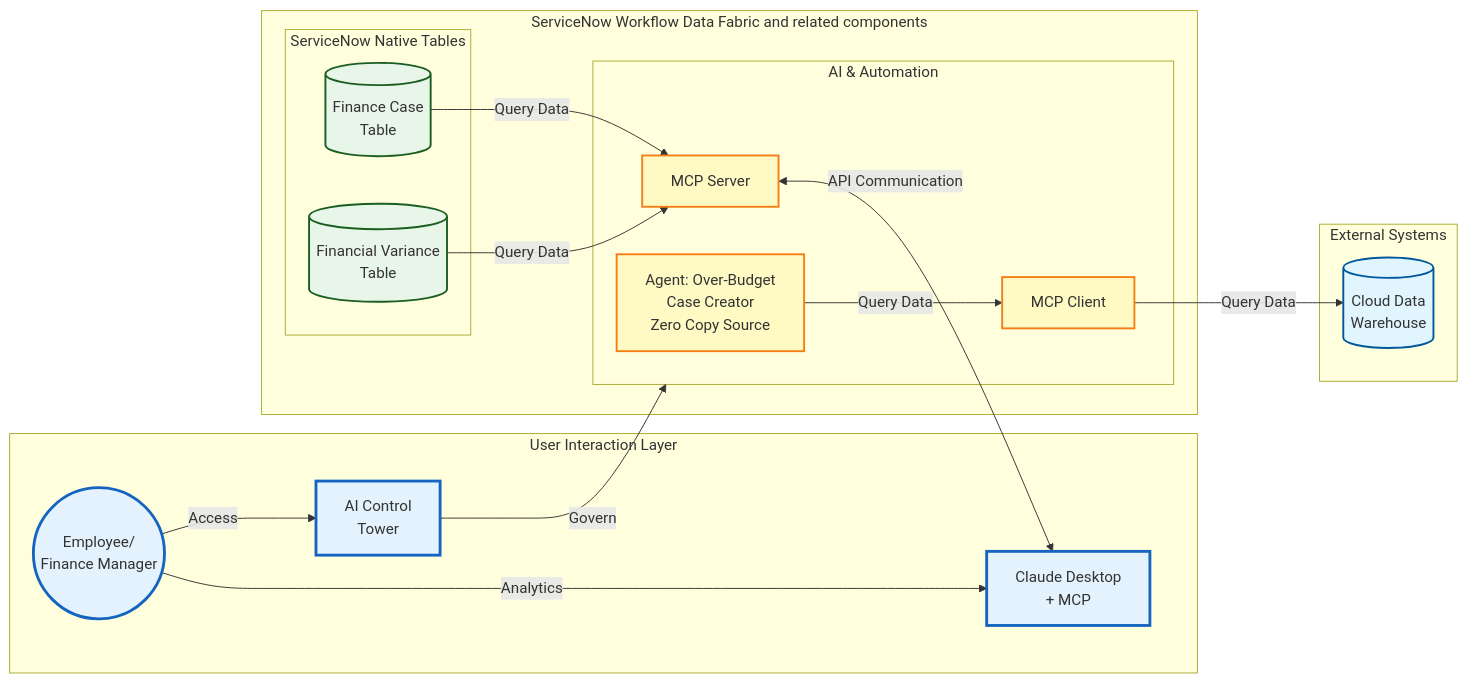
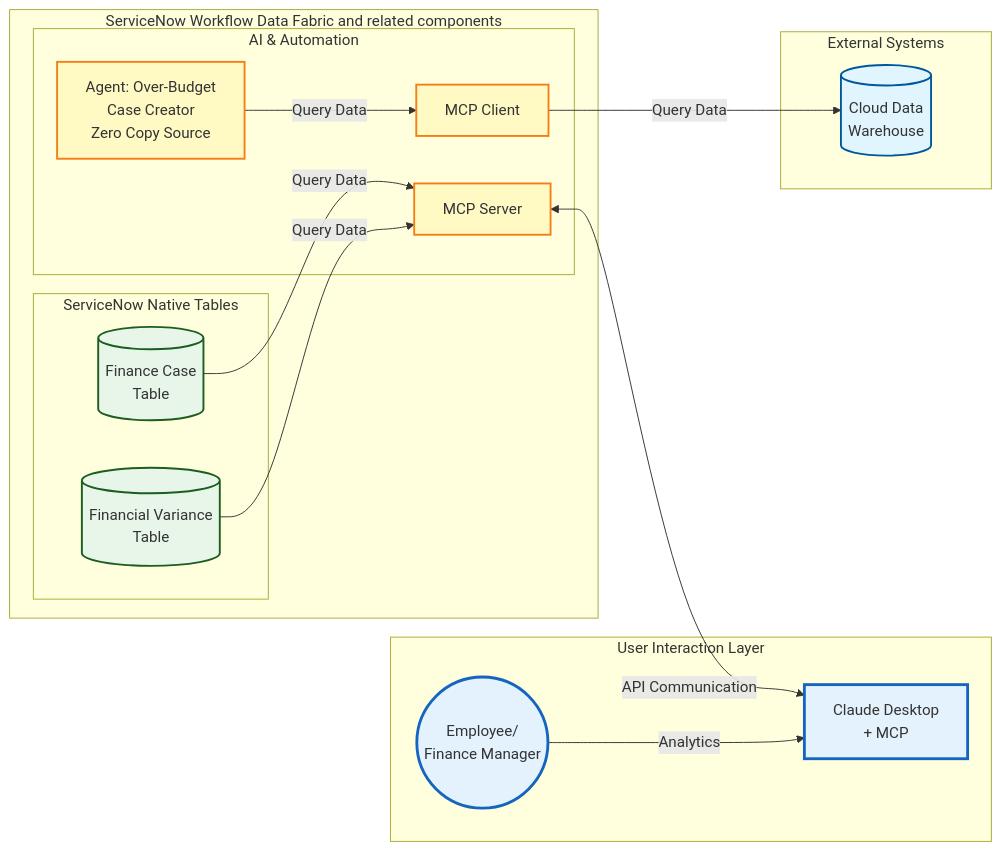
One commit to leojacinto/WorkflowDataFabric-TypeA changed the diagram in 6_MCP_and_AI_Control_Tower.md. Above: the diagram before and after it, drawn with Mermaid. The commit also changed other lines of this file and 18 other files, not shown here.

````diff
--- a/6_MCP_and_AI_Control_Tower.md
+++ b/6_MCP_and_AI_Control_Tower.md
@@ -13,54 +11,52 @@
 ```mermaid
 graph LR
     subgraph "User Interaction Layer"
         Employee((Employee/<br/>Finance Manager))
         ClaudeDesktop[Claude Desktop<br/>+ MCP]
-        ControlTower[AI Control<br/>Tower]
     end
 
     subgraph "External Systems"
         CDW[(Cloud Data<br/>Warehouse)]
     end
 
     subgraph "ServiceNow Workflow Data Fabric and related components"
         subgraph "ServiceNow Native Tables"
             FinCase[(Finance Case<br/>Table)]
             FinVar[(Financial Variance<br/>Table)]
         end
 
         subgraph AI[AI & Automation]
             Agent1[Agent: Over-Budget<br/>Case Creator<br/>Zero Copy Source]
             MCPS[MCP Server]
             MCPC[MCP Client]
         end
     end
 
     %% MCP Server Connection
     FinVar -->|Query Data| MCPS
     FinCase -->|Query Data| MCPS
     MCPS <-->|API Communication| ClaudeDesktop
 
     %% MCP Client Connection
     Agent1 -->|Query Data| MCPC
     MCPC -->|Query Data| CDW
 
     %% User Interaction Connections
-    Employee -->|Access| ControlTower -->|Govern| AI
     Employee -->|Analytics| ClaudeDesktop
 
     %% Styling
     classDef external fill:#e1f5ff,stroke:#01579b,stroke-width:2px
     classDef integration fill:#fff3e0,stroke:#e65100,stroke-width:2px
     classDef zeroCopy fill:#f3e5f5,stroke:#4a148c,stroke-width:2px
     classDef native fill:#e8f5e9,stroke:#1b5e20,stroke-width:2px
     classDef ai fill:#fff9c4,stroke:#f57f17,stroke-width:2px
     classDef user fill:#e3f2fd,stroke:#1565c0,stroke-width:3px
 
     class ERP,ExpenseAPI,SharePoint,CDW,MockERP,MockExpense,MockCDW external
     class ZeroCopySQL,ZeroCopyERP,IntHub,ExtContent integration
     class ZCCC,ZCCH,ZCCO,ZCExp zeroCopy
     class ExpenseTable,FinCase,FinVar native
     class Agent1,Agent2,Agent3,RAG,NASK,FlowAction,MCPS,MCPC,Lens,DocIntel ai
-    class Employee,EC,ControlTower,ClaudeDesktop user
+    class Employee,EC,ClaudeDesktop user
 
 ```
````
